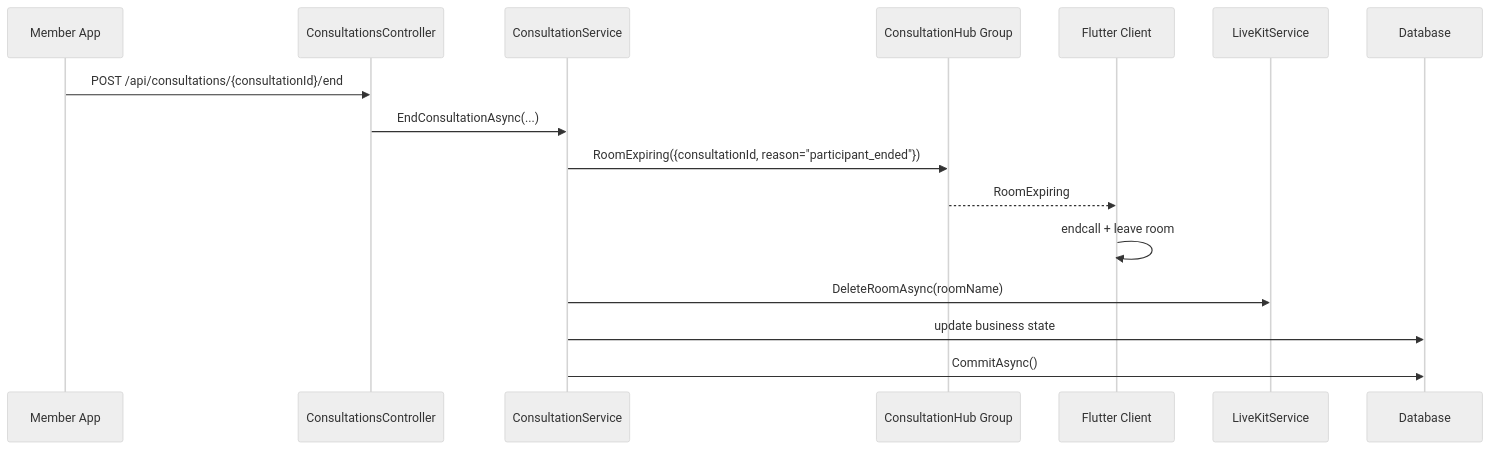
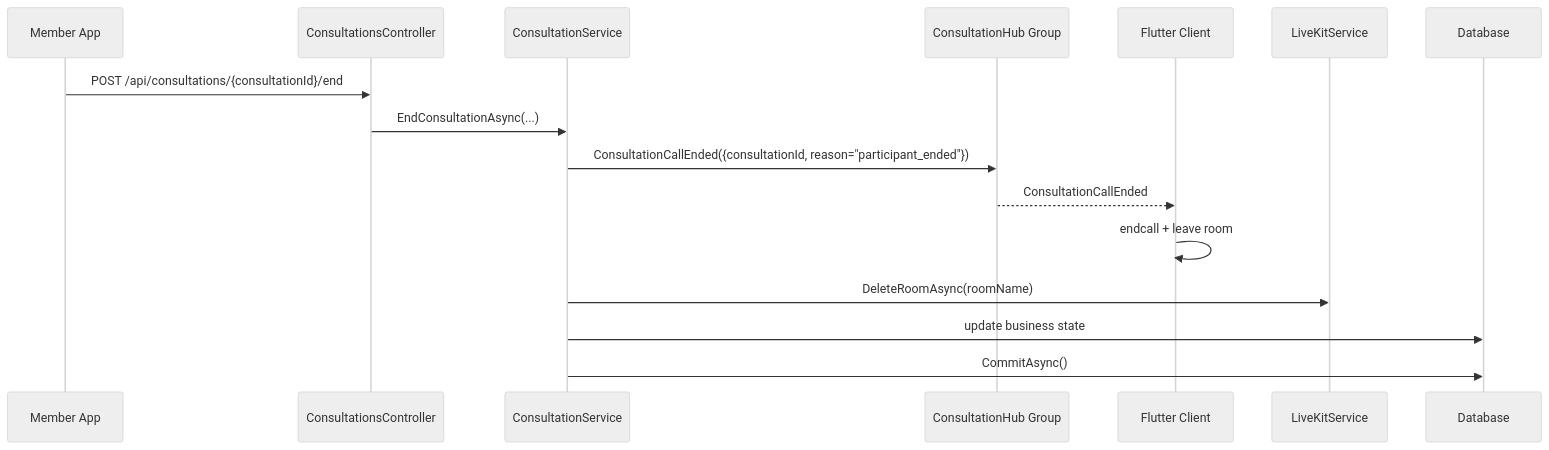
Before and after one commit to Snake-AID/SnakeAid.Docs: the third of 3 diagrams in Docs/05-Backend/02-layers/consultation-endcall-signalr/consultation-endcall-signalr.sourcecode.md, drawn with Mermaid (neutral theme). The commit also changed other lines of this file and 3 other files, not shown here.

````diff
--- a/Docs/05-Backend/02-layers/consultation-endcall-signalr/consultation-endcall-signalr.sourcecode.md
+++ b/Docs/05-Backend/02-layers/consultation-endcall-signalr/consultation-endcall-signalr.sourcecode.md
@@ -178,19 +212,19 @@
 ```mermaid
 sequenceDiagram
     participant App as Member App
     participant API as ConsultationsController
     participant Service as ConsultationService
     participant Hub as ConsultationHub Group
     participant Flutter as Flutter Client
     participant LiveKit as LiveKitService
     participant DB as Database
 
     App->>API: POST /api/consultations/{consultationId}/end
     API->>Service: EndConsultationAsync(...)
-    Service->>Hub: RoomExpiring({consultationId, reason="participant_ended"})
-    Hub-->>Flutter: RoomExpiring
+    Service->>Hub: ConsultationCallEnded({consultationId, reason="participant_ended"})
+    Hub-->>Flutter: ConsultationCallEnded
     Flutter->>Flutter: endcall + leave room
     Service->>LiveKit: DeleteRoomAsync(roomName)
     Service->>DB: update business state
     Service->>DB: CommitAsync()
 ```
````
